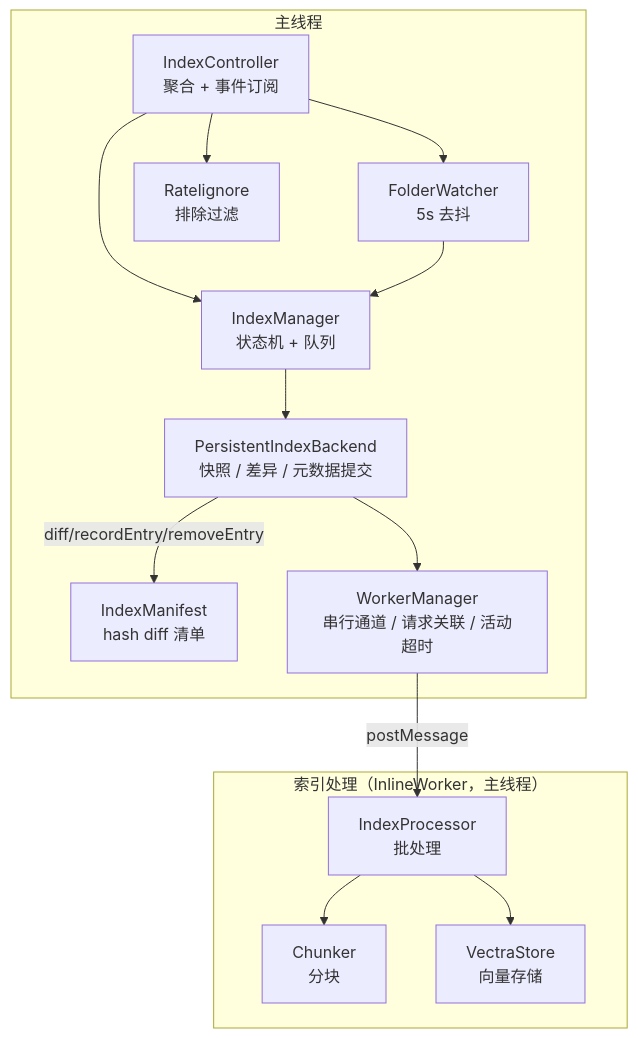
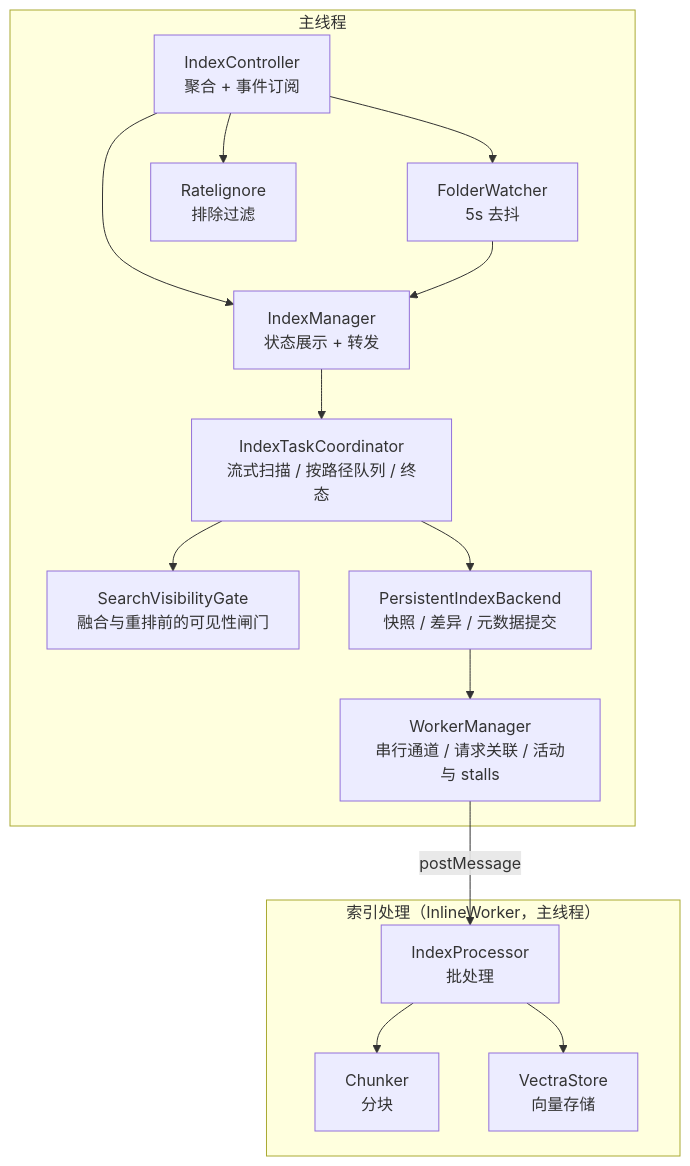
The eighth of 8 diagrams in docs/architecture/rag/vector-index.md (golddream-y/obsidian-ratel), drawn with Mermaid before and after one commit. The commit also changed other lines of this file and 26 other files, not shown here.

````diff
--- a/docs/architecture/rag/vector-index.md
+++ b/docs/architecture/rag/vector-index.md
@@ -339,29 +415,31 @@
 ```mermaid
 graph TB
     subgraph "主线程"
         IC["IndexController<br/>聚合 + 事件订阅"]
-        IM["IndexManager<br/>状态机 + 队列"]
+        IM["IndexManager<br/>状态展示 + 转发"]
         FW["FolderWatcher<br/>5s 去抖"]
         RI["Ratelignore<br/>排除过滤"]
-        MF["IndexManifest<br/>hash diff 清单"]
+        TC["IndexTaskCoordinator<br/>流式扫描 / 按路径队列 / 终态"]
+        SV["SearchVisibilityGate<br/>融合与重排前的可见性闸门"]
         PB["PersistentIndexBackend<br/>快照 / 差异 / 元数据提交"]
-        WM["WorkerManager<br/>串行通道 / 请求关联 / 活动超时"]
+        WM["WorkerManager<br/>串行通道 / 请求关联 / 活动与 stalls"]
     end
 
     subgraph "索引处理（InlineWorker，主线程）"
         IP["IndexProcessor<br/>批处理"]
         CK["Chunker<br/>分块"]
         VS["VectraStore<br/>向量存储"]
     end
 
     IC --> IM
     IC --> FW
     IC --> RI
     FW --> IM
-    IM --> PB
-    PB -->|"diff/recordEntry/removeEntry"| MF
+    IM --> TC
+    TC --> SV
+    TC --> PB
     PB --> WM
     WM -->|"postMessage"| IP
     IP --> CK
     IP --> VS
 ```
````
